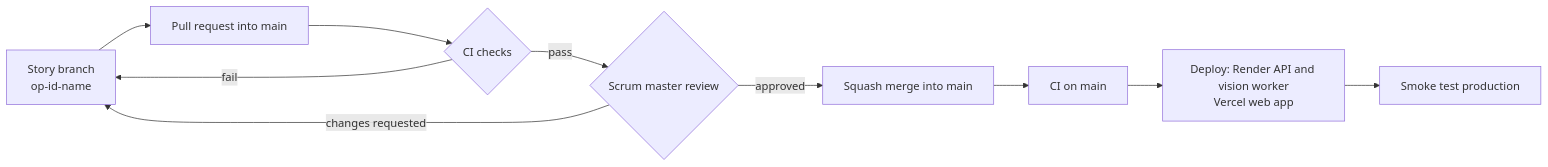
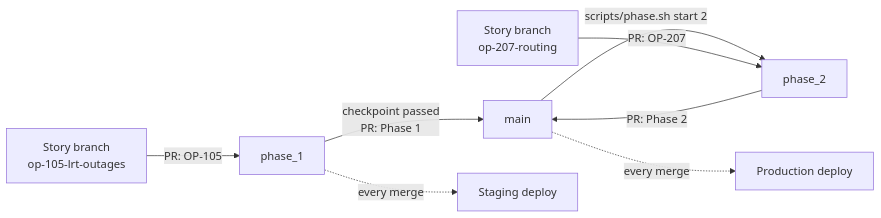
One commit to tatsatshah05/NatHacks2026 changed the diagram in docs/CI_CD.md. Above: the diagram before and after it, drawn with Mermaid. The commit also changed other lines of this file and 2 other files, not shown here.

First line of the commit message:
Add phase branches: story PRs go into phase_N, phases release into main

````diff
--- a/docs/CI_CD.md
+++ b/docs/CI_CD.md
@@ -5,12 +7,10 @@
 ```mermaid
 flowchart LR
-  B[Story branch<br/>op-id-name] --> PR[Pull request into main]
-  PR --> CI{CI checks}
-  CI -->|fail| B
-  CI -->|pass| R{Scrum master review}
-  R -->|changes requested| B
-  R -->|approved| M[Squash merge into main]
-  M --> CI2[CI on main]
-  CI2 --> D[Deploy: Render API and vision worker<br/>Vercel web app]
-  D --> S[Smoke test production]
+  S[Story branch<br/>op-105-lrt-outages] -->|PR: OP-105| P1[phase_1]
+  P1 -->|checkpoint passed<br/>PR: Phase 1| M[main]
+  M -->|scripts/phase.sh start 2| P2[phase_2]
+  S2[Story branch<br/>op-207-routing] -->|PR: OP-207| P2
+  P2 -->|PR: Phase 2| M
+  P1 -.->|every merge| ST[Staging deploy]
+  M -.->|every merge| PR[Production deploy]
 ```
````
